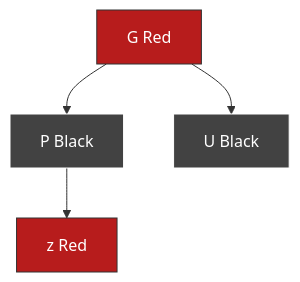
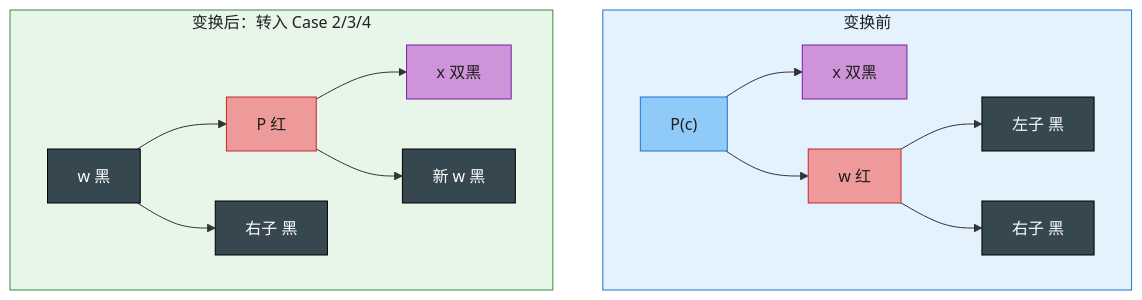
The ninth of 13 diagrams in IntroductionToAlgorithms/Chapter13_红黑树_深度版.md (socoo123/book_reading), drawn with Mermaid before and after one commit. The commit also changed other lines of this file and 30 other files, not shown here.

````diff
--- a/IntroductionToAlgorithms/Chapter13_红黑树_深度版.md
+++ b/IntroductionToAlgorithms/Chapter13_红黑树_深度版.md
@@ -512,11 +397,25 @@
 ```mermaid
-flowchart TD
-    G2["G Red"] --> A2["P Black"]
-    G2 --> U2["U Black"]
-    A2 --> z2["z Red"]
-
-    style G2 fill:#b71c1c,stroke:#333,color:#fff
-    style A2 fill:#424242,stroke:#fff,color:#fff
-    style U2 fill:#424242,stroke:#fff,color:#fff
-    style z2 fill:#b71c1c,stroke:#333,color:#fff
+graph TD
+    subgraph S1["变换前"]
+      p1["P(c)"] --> x1["x 双黑"]
+      p1 --> w1["w 红"]
+      w1 --> cl1["左子 黑"]
+      w1 --> d1["右子 黑"]
+    end
+    subgraph S2["变换后：转入 Case 2/3/4"]
+      w2["w 黑"] --> p2["P 红"]
+      w2 --> d2["右子 黑"]
+      p2 --> x2["x 双黑"]
+      p2 --> nw2["新 w 黑"]
+    end
+    style S1 fill:#E3F2FD,stroke:#1976D2,color:#1f1f1f
+    style S2 fill:#E8F5E9,stroke:#388E3C,color:#1f1f1f
+    classDef B fill:#37474F,stroke:#000,color:#fff
+    classDef R fill:#EF9A9A,stroke:#C62828,color:#1f1f1f
+    classDef C fill:#90CAF9,stroke:#1976D2,color:#1f1f1f
+    classDef XX fill:#CE93D8,stroke:#7B1FA2,color:#1f1f1f
+    class p1 C
+    class x1,x2 XX
+    class w1,p2 R
+    class cl1,d1,w2,d2,nw2 B
 ```
````
